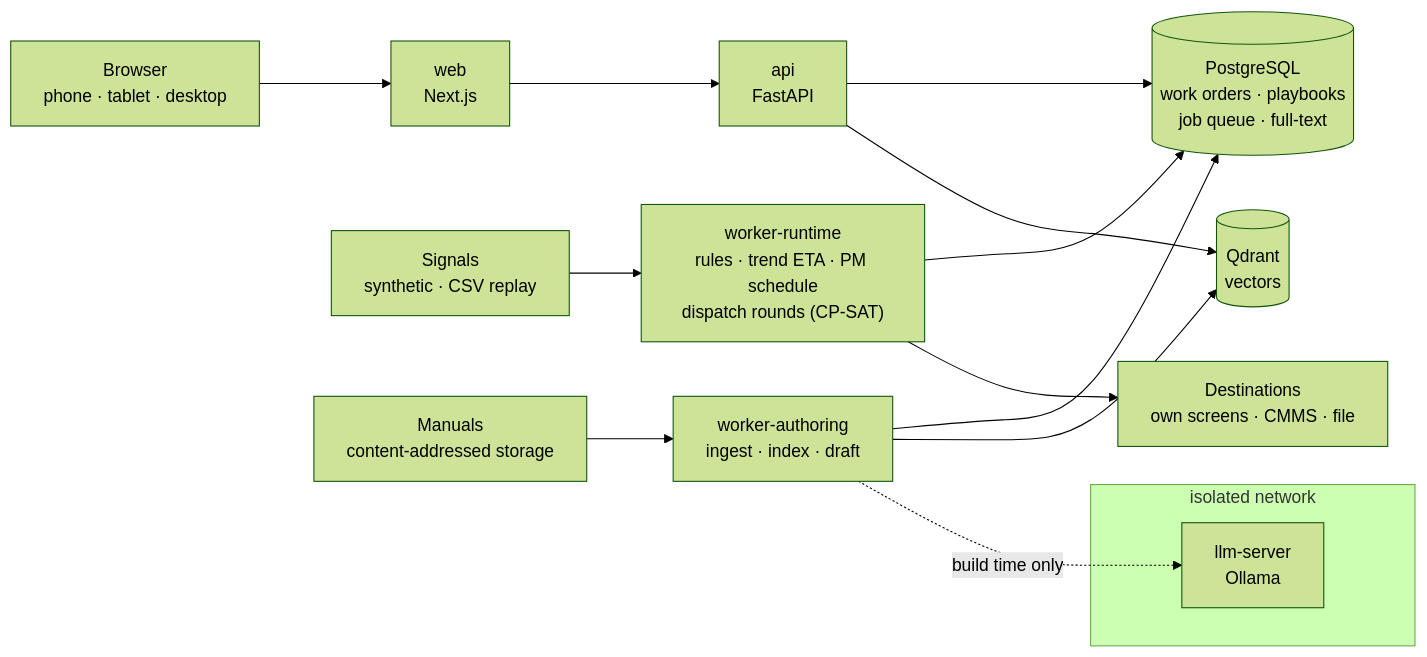
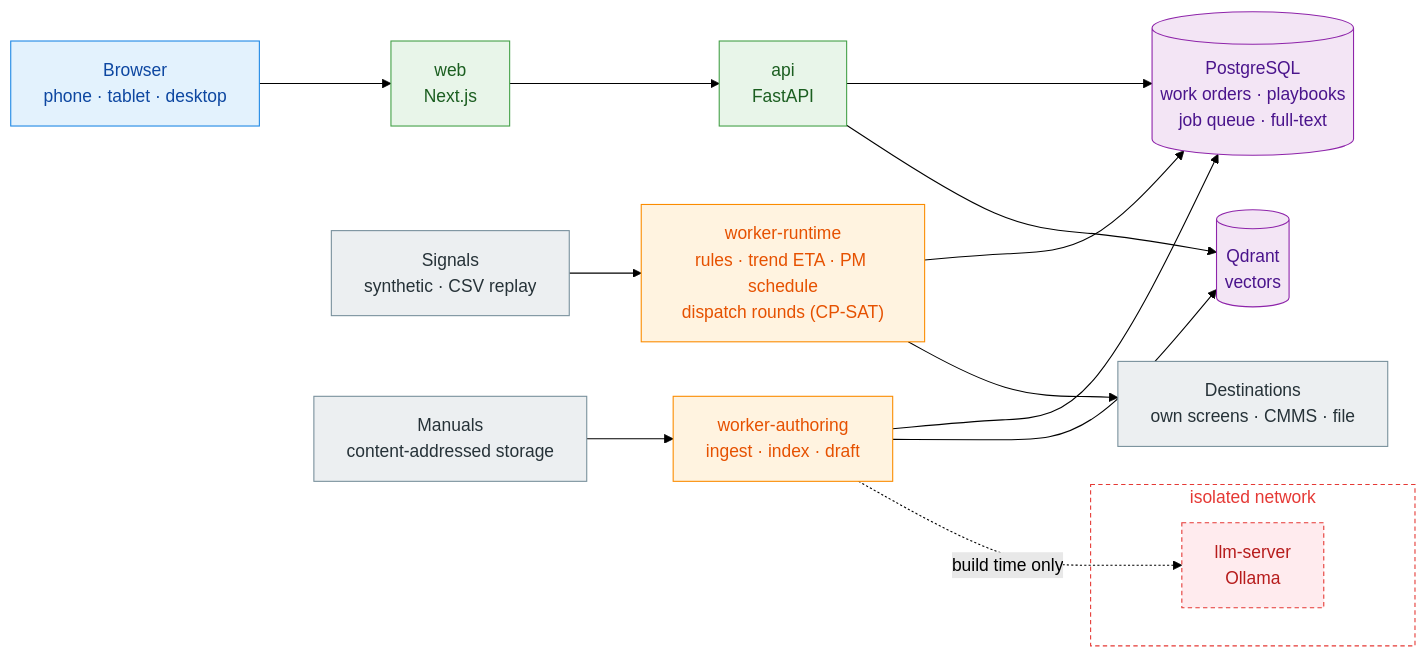
Before and after one commit to fournarin/is: the diagram in README.md, drawn with Mermaid (forest theme). The commit also changed other lines of this file, not shown here.

Commit message:
docs(readme): colour the architecture diagram (#197)

````diff
--- a/README.md
+++ b/README.md
@@ -85,19 +85,33 @@
 ```mermaid
 flowchart LR
     U["Browser<br/>phone · tablet · desktop"] --> W["web<br/>Next.js"]
     W --> A["api<br/>FastAPI"]
     A --> PG[("PostgreSQL<br/>work orders · playbooks<br/>job queue · full-text")]
     A --> Q[("Qdrant<br/>vectors")]
 
     SIG["Signals<br/>synthetic · CSV replay"] --> RT["worker-runtime<br/>rules · trend ETA · PM schedule<br/>dispatch rounds (CP-SAT)"]
     RT --> PG
     RT --> D["Destinations<br/>own screens · CMMS · file"]
 
     M["Manuals<br/>content-addressed storage"] --> AU["worker-authoring<br/>ingest · index · draft"]
     AU --> PG
     AU --> Q
     subgraph llm ["isolated network"]
         L["llm-server<br/>Ollama"]
     end
     AU -.->|build time only| L
+
+    classDef client fill:#E3F2FD,stroke:#1E88E5,color:#0D47A1
+    classDef app fill:#E8F5E9,stroke:#43A047,color:#1B5E20
+    classDef worker fill:#FFF3E0,stroke:#FB8C00,color:#E65100
+    classDef store fill:#F3E5F5,stroke:#8E24AA,color:#4A148C
+    classDef io fill:#ECEFF1,stroke:#78909C,color:#263238
+    classDef llm fill:#FFEBEE,stroke:#E53935,color:#B71C1C,stroke-dasharray:4 3
+    class U client
+    class W,A app
+    class RT,AU worker
+    class PG,Q store
+    class SIG,M,D io
+    class L llm
+    style llm fill:transparent,stroke:#E53935,stroke-dasharray:4 3,color:#E53935
 ```
````
